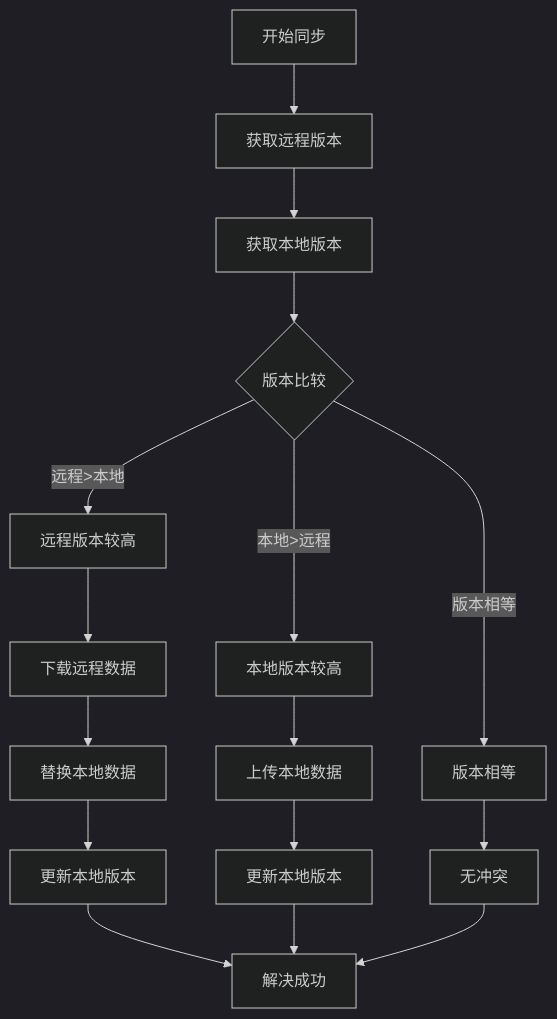
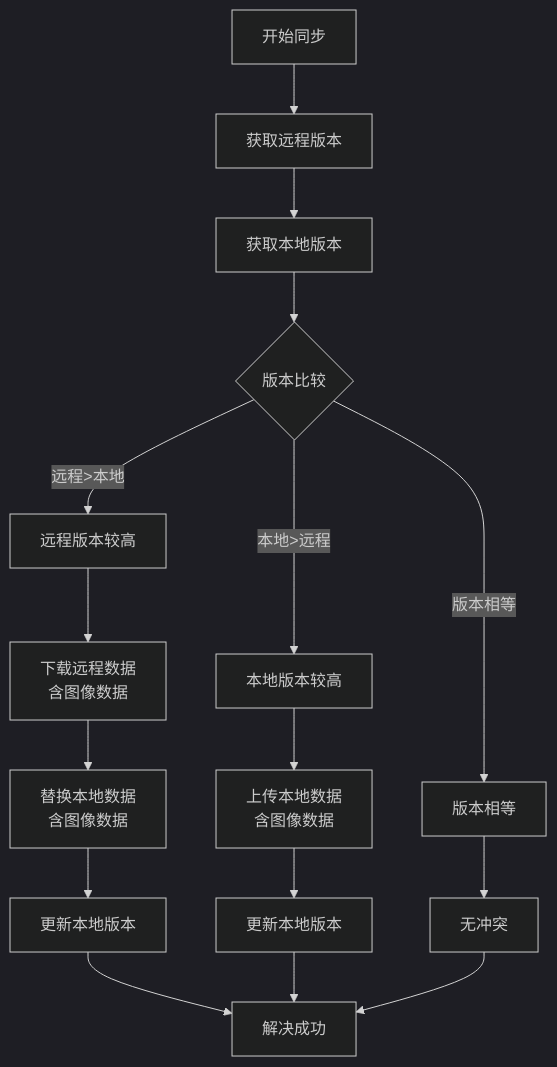
Before and after one commit to scgithub3220216/password-manager: the fifth of 14 diagrams in .qoder/repowiki/zh/content/API参考手册/业务逻辑API/数据同步API.md, drawn with Mermaid (dark theme). The commit also changed other lines of this file and 15 other files, not shown here.

First line of the commit message:
feat(sync): 增强数据同步以支持图像数据管理

````diff
--- a/.qoder/repowiki/zh/content/API参考手册/业务逻辑API/数据同步API.md
+++ b/.qoder/repowiki/zh/content/API参考手册/业务逻辑API/数据同步API.md
@@ -204,18 +226,18 @@
 ```mermaid
 flowchart TD
 SyncStart[开始同步] --> GetRemote[获取远程版本]
 GetRemote --> GetLocal[获取本地版本]
 GetLocal --> VersionCompare{版本比较}
 VersionCompare --> |远程>本地| RemoteHigher[远程版本较高]
 VersionCompare --> |本地>远程| LocalHigher[本地版本较高]
 VersionCompare --> |版本相等| EqualVersion[版本相等]
-RemoteHigher --> DownloadData[下载远程数据]
-DownloadData --> ReplaceLocal[替换本地数据]
+RemoteHigher --> DownloadData[下载远程数据<br/>含图像数据]
+DownloadData --> ReplaceLocal[替换本地数据<br/>含图像数据]
 ReplaceLocal --> UpdateLocalVersion[更新本地版本]
 UpdateLocalVersion --> ResolveSuccess[解决成功]
-LocalHigher --> UploadData[上传本地数据]
+LocalHigher --> UploadData[上传本地数据<br/>含图像数据]
 UploadData --> UpdateLocalVersion2[更新本地版本]
 UpdateLocalVersion2 --> ResolveSuccess
 EqualVersion --> NoConflict[无冲突]
 NoConflict --> ResolveSuccess
 ```
````
